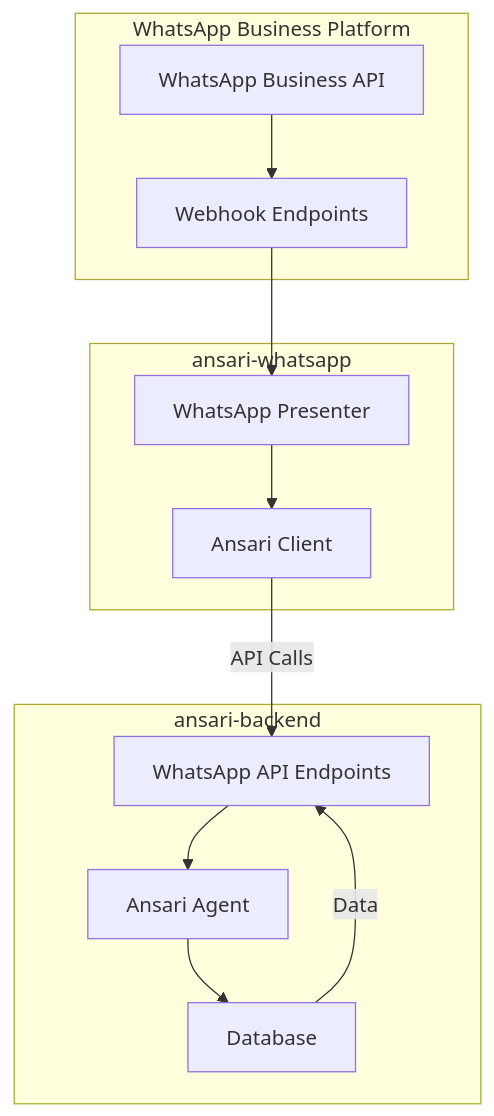
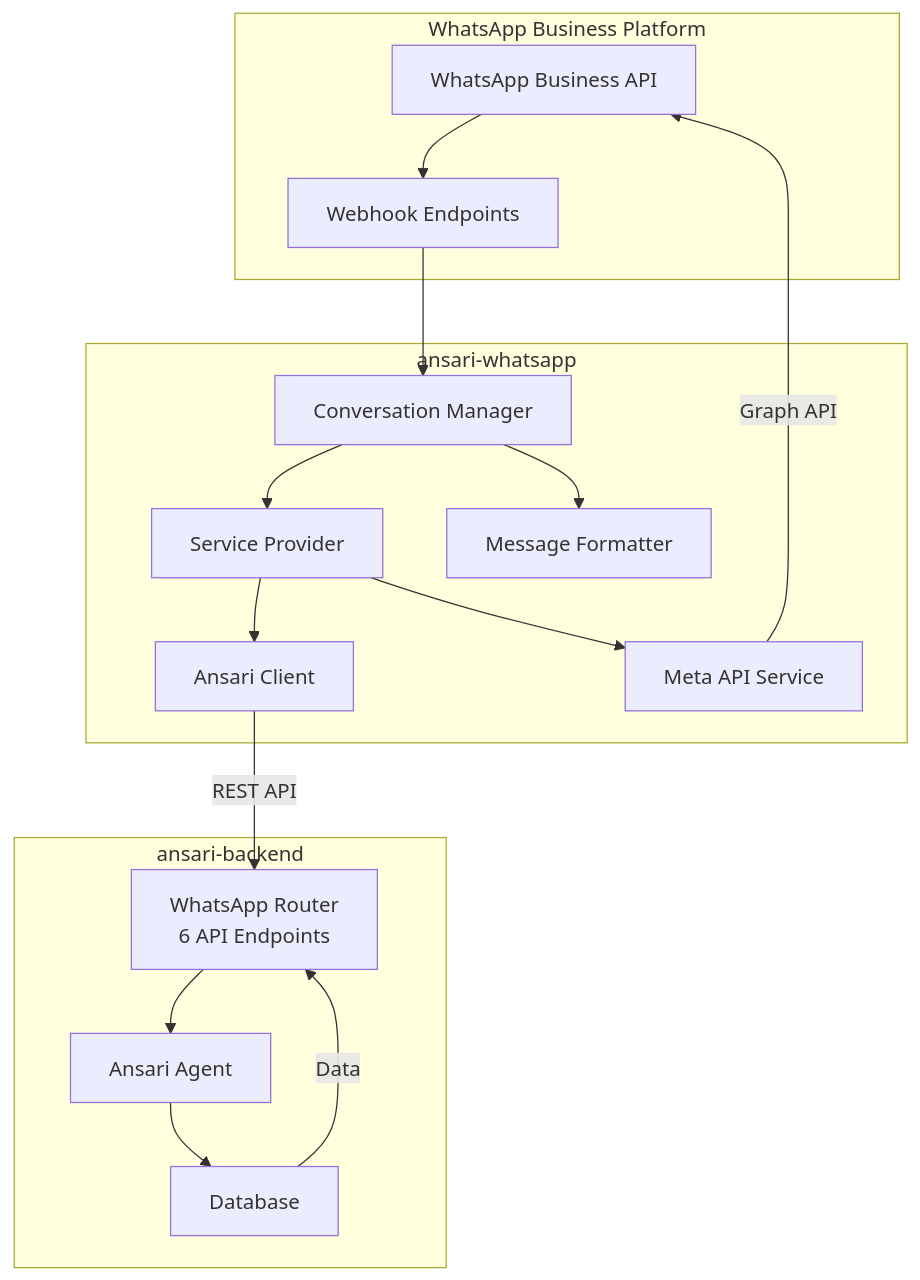
One commit to OdyAsh/ansari-whatsapp changed the first of 4 diagrams in docs/hld/architecture.md. Above: the diagram before and after it, drawn with Mermaid. The commit also changed other lines of this file and 7 other files, not shown here.

````diff
--- a/docs/hld/architecture.md
+++ b/docs/hld/architecture.md
@@ -34,19 +33,23 @@
 ```mermaid
 graph TD
     subgraph "WhatsApp Business Platform"
         WA[WhatsApp Business API] --> Webhook
     end
 
     subgraph "ansari-whatsapp"
-        Webhook[Webhook Endpoints] --> WP[WhatsApp Presenter]
-        WP --> AC[Ansari Client]
+        Webhook[Webhook Endpoints] --> CM[Conversation Manager]
+        CM --> SP[Service Provider]
+        SP --> AC[Ansari Client]
+        SP --> MS[Meta API Service]
+        CM --> WMF[Message Formatter]
     end
 
     subgraph "ansari-backend"
-        API[WhatsApp API Endpoints] --> Agent[Ansari Agent]
+        API[WhatsApp Router<br/>6 API Endpoints] --> Agent[Ansari Agent]
         Agent --> DB[Database]
     end
 
-    AC -- API Calls --> API
+    AC -- REST API --> API
+    MS -- Graph API --> WA
     DB -- Data --> API
 ```
````
